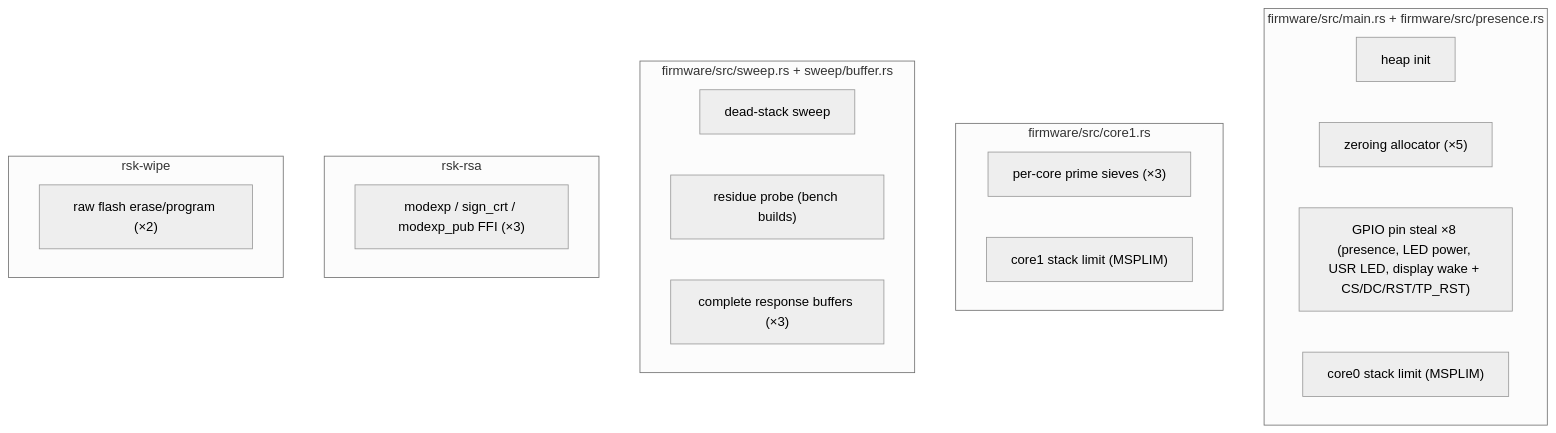
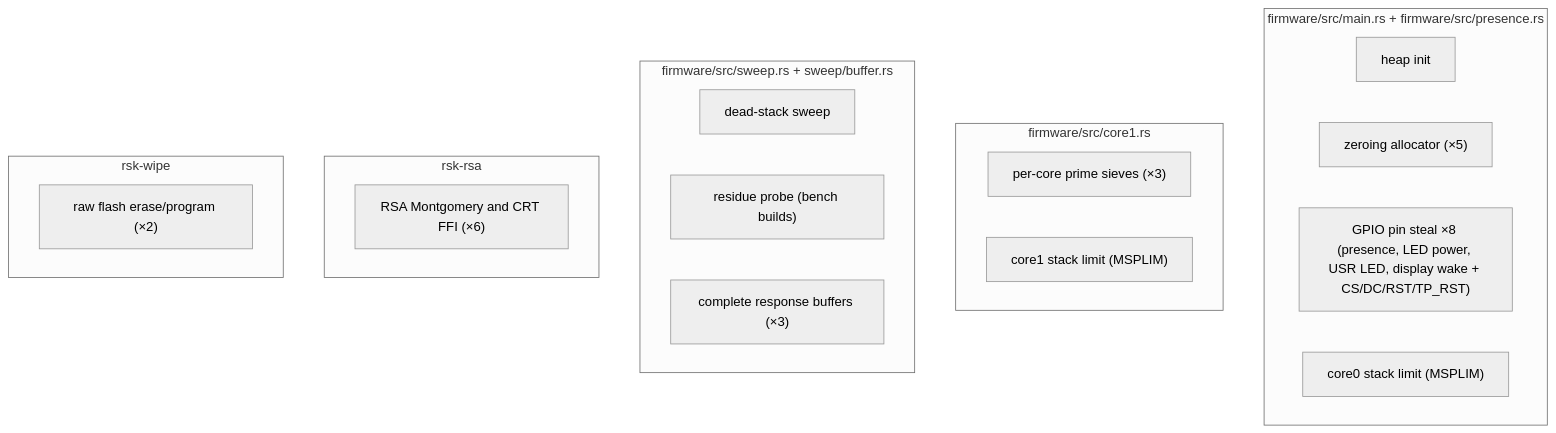
One commit to TheMaxMur/RS-Key changed the diagram in docs/unsafe.md. Above: the diagram before and after it, drawn with Mermaid (neutral theme). The commit also changed other lines of this file and 30 other files, not shown here.

Commit message:
refactor(rsa): move private exponentiation and CRT to Rust

````diff
--- a/docs/unsafe.md
+++ b/docs/unsafe.md
@@ -20,24 +20,24 @@
 ```mermaid
 flowchart TB
     subgraph fw["firmware/src/main.rs + firmware/src/presence.rs"]
       c["heap init"]
       c2["zeroing allocator (×5)"]
       d["GPIO pin steal ×8 (presence, LED power, USR LED, display wake + CS/DC/RST/TP_RST)"]
       d2["core0 stack limit (MSPLIM)"]
     end
     subgraph kg["firmware/src/core1.rs"]
       e["per-core prime sieves (×3)"]
       e2["core1 stack limit (MSPLIM)"]
     end
     subgraph sw["firmware/src/sweep.rs + sweep/buffer.rs"]
       s1["dead-stack sweep"]
       s2["residue probe (bench builds)"]
       s3["complete response buffers (×3)"]
     end
     subgraph asm["rsk-rsa"]
-      f["modexp / sign_crt / modexp_pub FFI (×3)"]
+      f["RSA Montgomery and CRT FFI (×6)"]
     end
     subgraph wipe["rsk-wipe"]
       g["raw flash erase/program (×2)"]
     end
 ```
````
